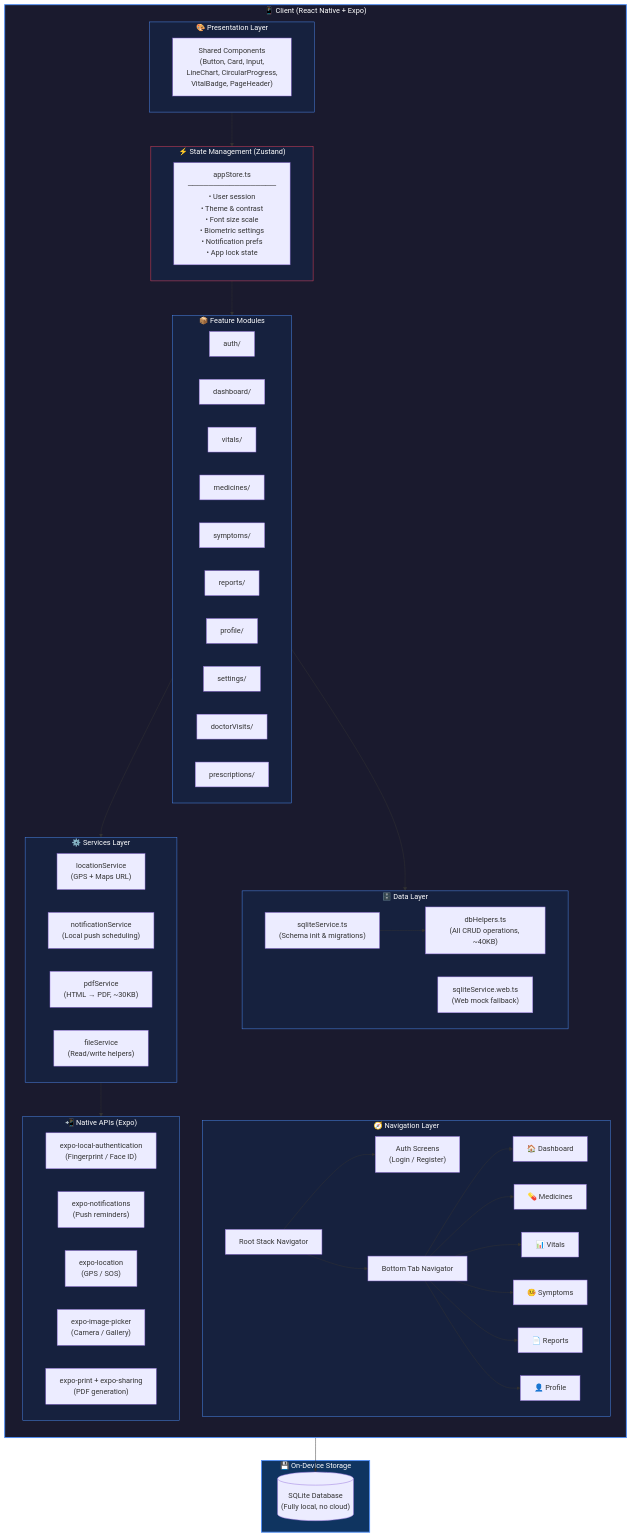
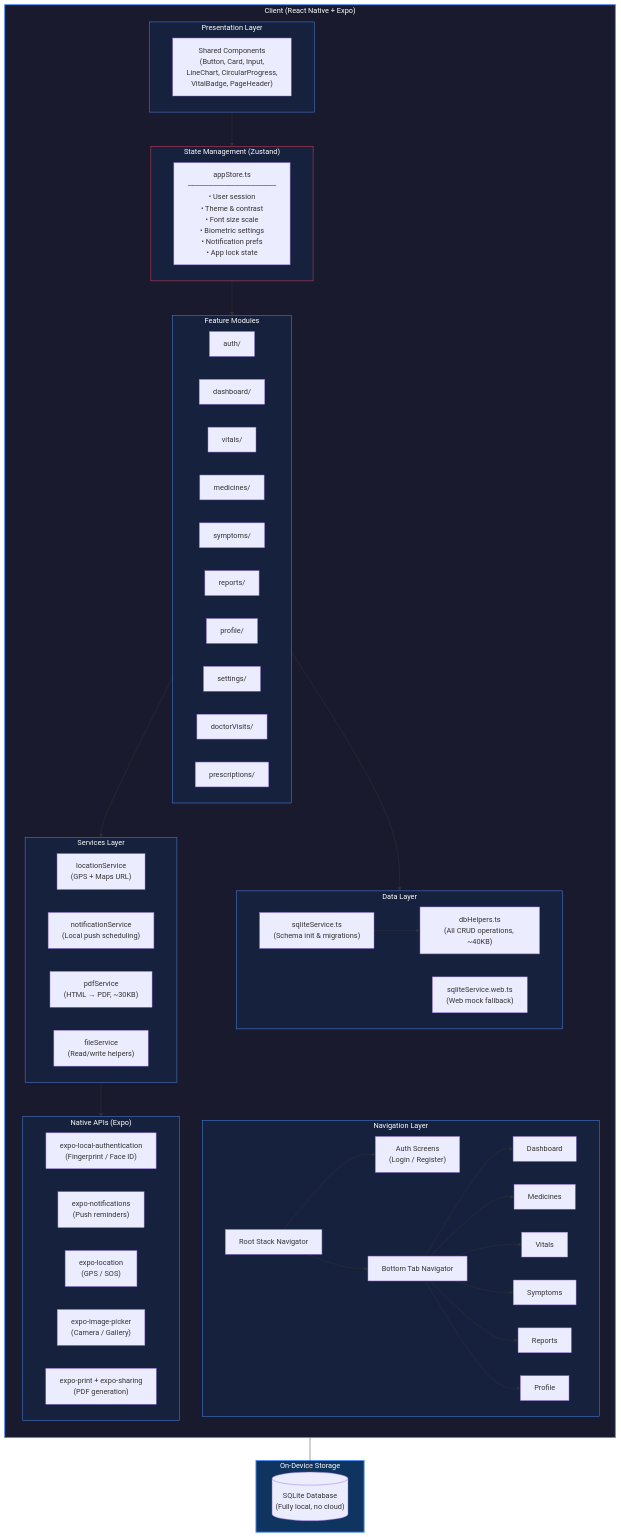
Before and after one commit to GITadiiii/MediTrack: the first of 4 diagrams in README.md, drawn with Mermaid. The commit also changed other lines of this file, not shown here.

````diff
--- a/README.md
+++ b/README.md
@@ -112,82 +112,82 @@
 ```mermaid
 graph TB
-    subgraph CLIENT["📱 Client (React Native + Expo)"]
+    subgraph CLIENT[" Client (React Native + Expo)"]
         direction TB
 
-        subgraph PRES["🎨 Presentation Layer"]
+        subgraph PRES[" Presentation Layer"]
             UI["Shared Components\n(Button, Card, Input,\nLineChart, CircularProgress,\nVitalBadge, PageHeader)"]
         end
 
-        subgraph NAV["🧭 Navigation Layer"]
+        subgraph NAV[" Navigation Layer"]
             ROOT["Root Stack Navigator"]
             ROOT --> AUTH_SCREENS["Auth Screens\n(Login / Register)"]
             ROOT --> TABS["Bottom Tab Navigator"]
-            TABS --> D["🏠 Dashboard"]
-            TABS --> M["💊 Medicines"]
-            TABS --> V["📊 Vitals"]
-            TABS --> S["🤒 Symptoms"]
-            TABS --> R["📄 Reports"]
-            TABS --> P["👤 Profile"]
+            TABS --> D[" Dashboard"]
+            TABS --> M[" Medicines"]
+            TABS --> V[" Vitals"]
+            TABS --> S[" Symptoms"]
+            TABS --> R[" Reports"]
+            TABS --> P[" Profile"]
         end
 
-        subgraph STATE["⚡ State Management (Zustand)"]
+        subgraph STATE[" State Management (Zustand)"]
             STORE["appStore.ts\n─────────────────\n• User session\n• Theme & contrast\n• Font size scale\n• Biometric settings\n• Notification prefs\n• App lock state"]
         end
 
-        subgraph FEATURES["📦 Feature Modules"]
+        subgraph FEATURES[" Feature Modules"]
             F1["auth/"]
             F2["dashboard/"]
             F3["vitals/"]
             F4["medicines/"]
             F5["symptoms/"]
             F6["reports/"]
             F7["profile/"]
             F8["settings/"]
             F9["doctorVisits/"]
             F10["prescriptions/"]
         end
 
-        subgraph SERVICES["⚙️ Services Layer"]
+        subgraph SERVICES[" Services Layer"]
             SVC1["locationService\n(GPS + Maps URL)"]
             SVC2["notificationService\n(Local push scheduling)"]
             SVC3["pdfService\n(HTML → PDF, ~30KB)"]
             SVC4["fileService\n(Read/write helpers)"]
         end
 
-        subgraph DATA["🗄️ Data Layer"]
+        subgraph DATA[" Data Layer"]
             INIT["sqliteService.ts\n(Schema init & migrations)"]
             CRUD["dbHelpers.ts\n(All CRUD operations, ~40KB)"]
             WEB["sqliteService.web.ts\n(Web mock fallback)"]
             INIT --> CRUD
         end
 
-        subgraph NATIVE["📲 Native APIs (Expo)"]
+        subgraph NATIVE[" Native APIs (Expo)"]
             N1["expo-local-authentication\n(Fingerprint / Face ID)"]
             N2["expo-notifications\n(Push reminders)"]
             N3["expo-location\n(GPS / SOS)"]
             N4["expo-image-picker\n(Camera / Gallery)"]
             N5["expo-print + expo-sharing\n(PDF generation)"]
         end
     end
 
-    subgraph STORAGE["💾 On-Device Storage"]
+    subgraph STORAGE[" On-Device Storage"]
         DB[("SQLite Database\n(Fully local, no cloud)")]
     end
 
     PRES --> STATE
     STATE --> FEATURES
     FEATURES --> SERVICES
     FEATURES --> DATA
     SERVICES --> NATIVE
     DATA --> DB
 
     style CLIENT fill:#1a1a2e,stroke:#4f8ef7,stroke-width:2px,color:#fff
     style STORAGE fill:#0f3460,stroke:#4f8ef7,stroke-width:2px,color:#fff
     style PRES fill:#16213e,stroke:#4f8ef7,color:#fff
     style NAV fill:#16213e,stroke:#4f8ef7,color:#fff
     style STATE fill:#16213e,stroke:#e94560,color:#fff
     style FEATURES fill:#16213e,stroke:#4f8ef7,color:#fff
     style SERVICES fill:#16213e,stroke:#4f8ef7,color:#fff
     style DATA fill:#16213e,stroke:#4f8ef7,color:#fff
     style NATIVE fill:#16213e,stroke:#4f8ef7,color:#fff
 ```
````
